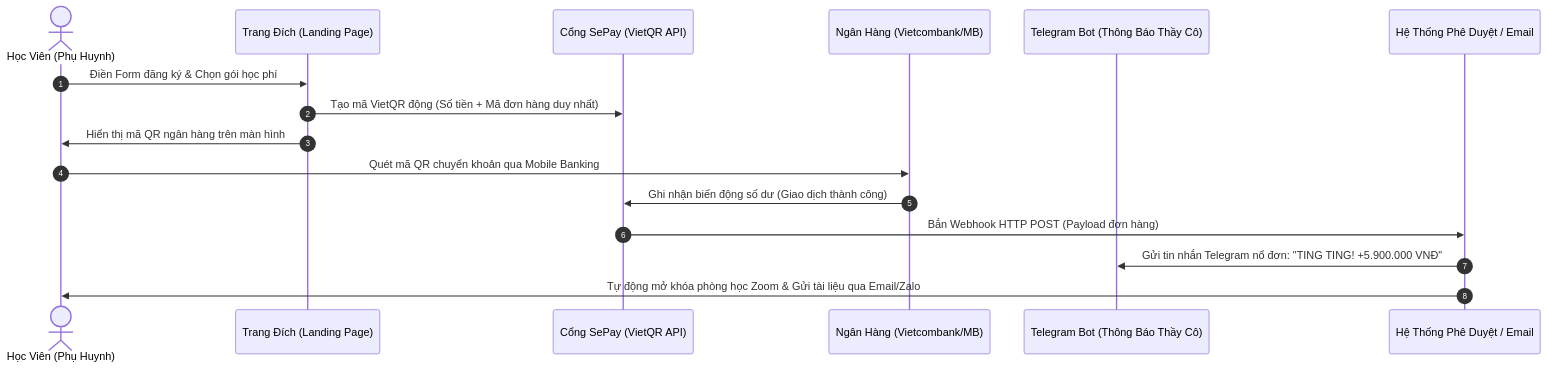
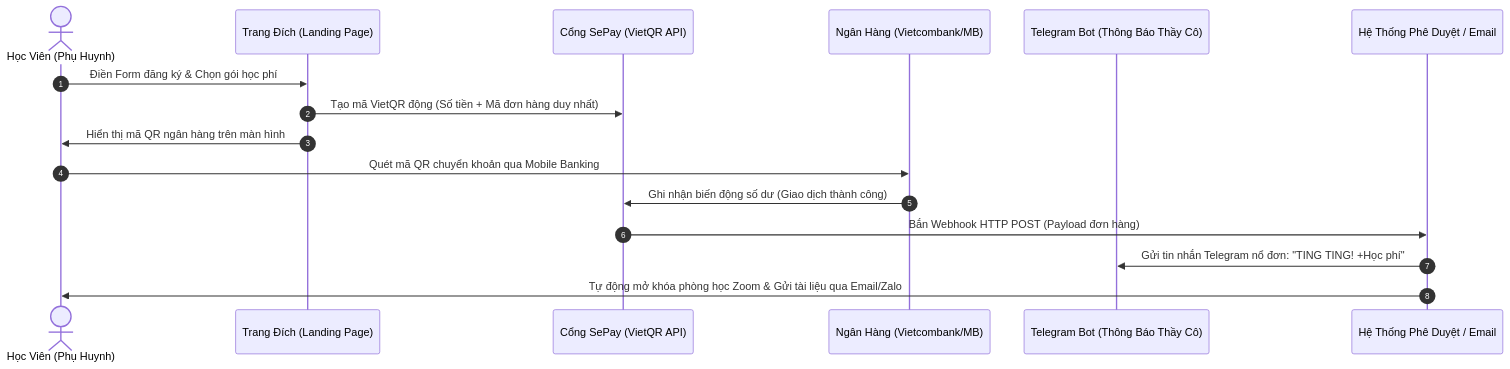
Before and after one commit to cmubeta2/new-you-english: the diagram in GiaoTrinh_ThayTam/03_HOC_PHAN_3_PHEU_TUYEN_SINH_VA_TU_DONG_HOA.md, drawn with Mermaid. The commit also changed other lines of this file and 9 other files, not shown here.

````diff
--- a/GiaoTrinh_ThayTam/03_HOC_PHAN_3_PHEU_TUYEN_SINH_VA_TU_DONG_HOA.md
+++ b/GiaoTrinh_ThayTam/03_HOC_PHAN_3_PHEU_TUYEN_SINH_VA_TU_DONG_HOA.md
@@ -88,19 +85,19 @@
 ```mermaid
 sequenceDiagram
     autonumber
     actor Learner as Học Viên (Phụ Huynh)
     participant Landing as Trang Đích (Landing Page)
     participant SePay as Cổng SePay (VietQR API)
     participant Bank as Ngân Hàng (Vietcombank/MB)
     participant Bot as Telegram Bot (Thông Báo Thầy Cô)
     participant System as Hệ Thống Phê Duyệt / Email
 
     Learner->>Landing: Điền Form đăng ký & Chọn gói học phí
     Landing->>SePay: Tạo mã VietQR động (Số tiền + Mã đơn hàng duy nhất)
     Landing->>Learner: Hiển thị mã QR ngân hàng trên màn hình
     Learner->>Bank: Quét mã QR chuyển khoản qua Mobile Banking
     Bank->>SePay: Ghi nhận biến động số dư (Giao dịch thành công)
     SePay->>System: Bắn Webhook HTTP POST (Payload đơn hàng)
-    System->>Bot: Gửi tin nhắn Telegram nổ đơn: "TING TING! +5.900.000 VNĐ"
+    System->>Bot: Gửi tin nhắn Telegram nổ đơn: "TING TING! +Học phí"
     System->>Learner: Tự động mở khóa phòng học Zoom & Gửi tài liệu qua Email/Zalo
 ```
````
